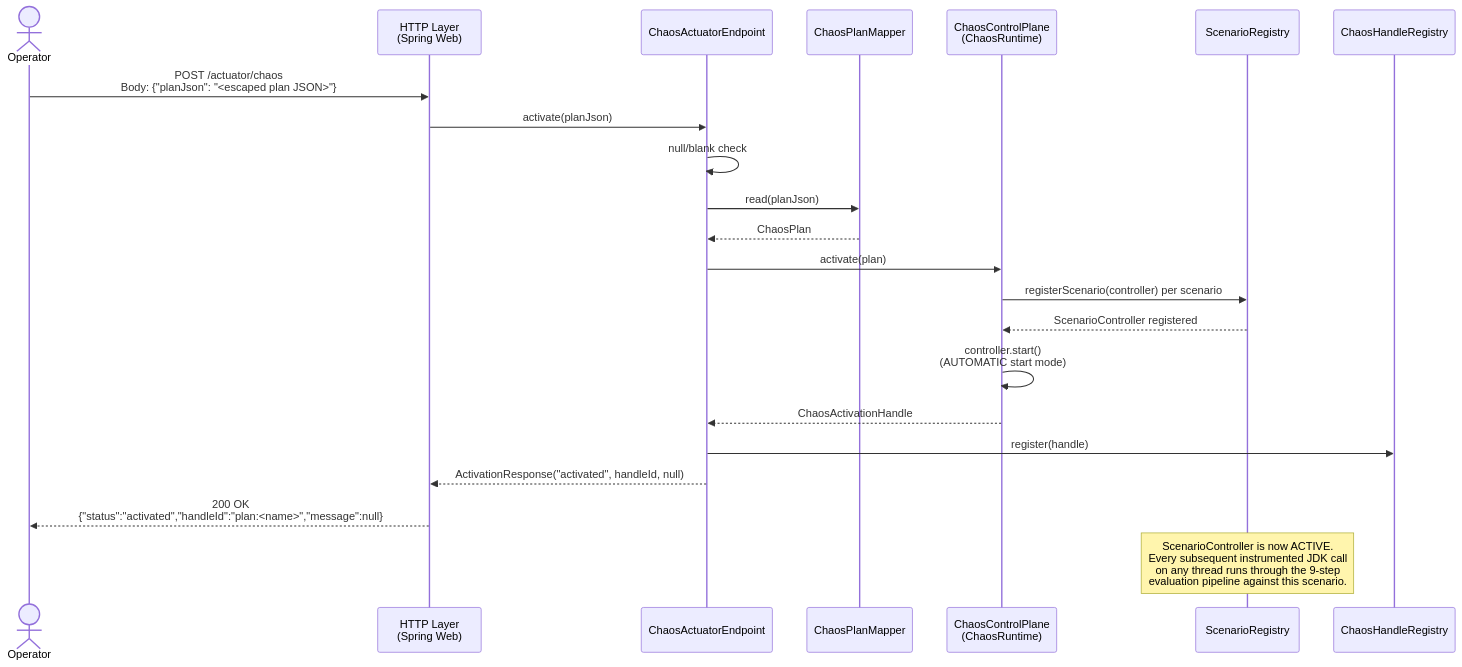
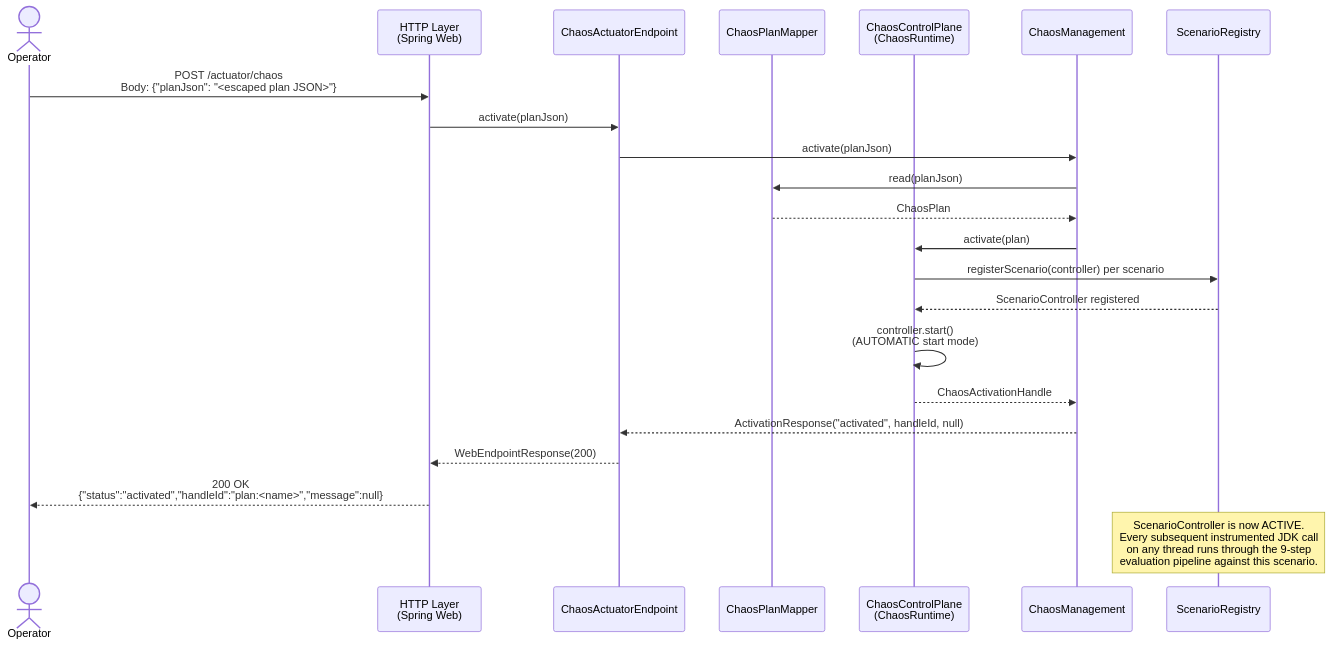
The second of 2 diagrams in docs/spring-integration.md (macstab/macstab-chaos-jvm-agent), drawn with Mermaid before and after one commit. The commit also changed other lines of this file and 12 other files, not shown here.

First line of the commit message:
refactor(spring): the actuator endpoint is backed by ChaosManagement, with the outcomes and HTTP statuses of the Micronaut and Quarkus endpoints

````diff
--- a/docs/spring-integration.md
+++ b/docs/spring-integration.md
@@ -630,24 +509,24 @@
 ```mermaid
 sequenceDiagram
   actor Op as Operator
   participant HTTP as HTTP Layer<br/>(Spring Web)
   participant Endpoint as ChaosActuatorEndpoint
   participant Mapper as ChaosPlanMapper
   participant CP as ChaosControlPlane<br/>(ChaosRuntime)
+  participant Mgmt as ChaosManagement
   participant Registry as ScenarioRegistry
-  participant HandleReg as ChaosHandleRegistry
   Op->>HTTP: POST /actuator/chaos<br/>Body: {"planJson": "#lt;escaped plan JSON#gt;"}
   HTTP->>Endpoint: activate(planJson)
-  Endpoint->>Endpoint: null/blank check
-  Endpoint->>Mapper: read(planJson)
-  Mapper-->>Endpoint: ChaosPlan
-  Endpoint->>CP: activate(plan)
+  Endpoint->>Mgmt: activate(planJson)
+  Mgmt->>Mapper: read(planJson)
+  Mapper-->>Mgmt: ChaosPlan
+  Mgmt->>CP: activate(plan)
   CP->>Registry: registerScenario(controller) per scenario
   Registry-->>CP: ScenarioController registered
   CP->>CP: controller.start()<br/>(AUTOMATIC start mode)
-  CP-->>Endpoint: ChaosActivationHandle
-  Endpoint->>HandleReg: register(handle)
-  Endpoint-->>HTTP: ActivationResponse("activated", handleId, null)
+  CP-->>Mgmt: ChaosActivationHandle
+  Mgmt-->>Endpoint: ActivationResponse("activated", handleId, null)
+  Endpoint-->>HTTP: WebEndpointResponse(200)
   HTTP-->>Op: 200 OK<br/>{"status":"activated","handleId":"plan:#lt;name#gt;","message":null}
   Note over Registry: ScenarioController is now ACTIVE.<br/>Every subsequent instrumented JDK call<br/>on any thread runs through the 9-step<br/>evaluation pipeline against this scenario.
 ```
````
